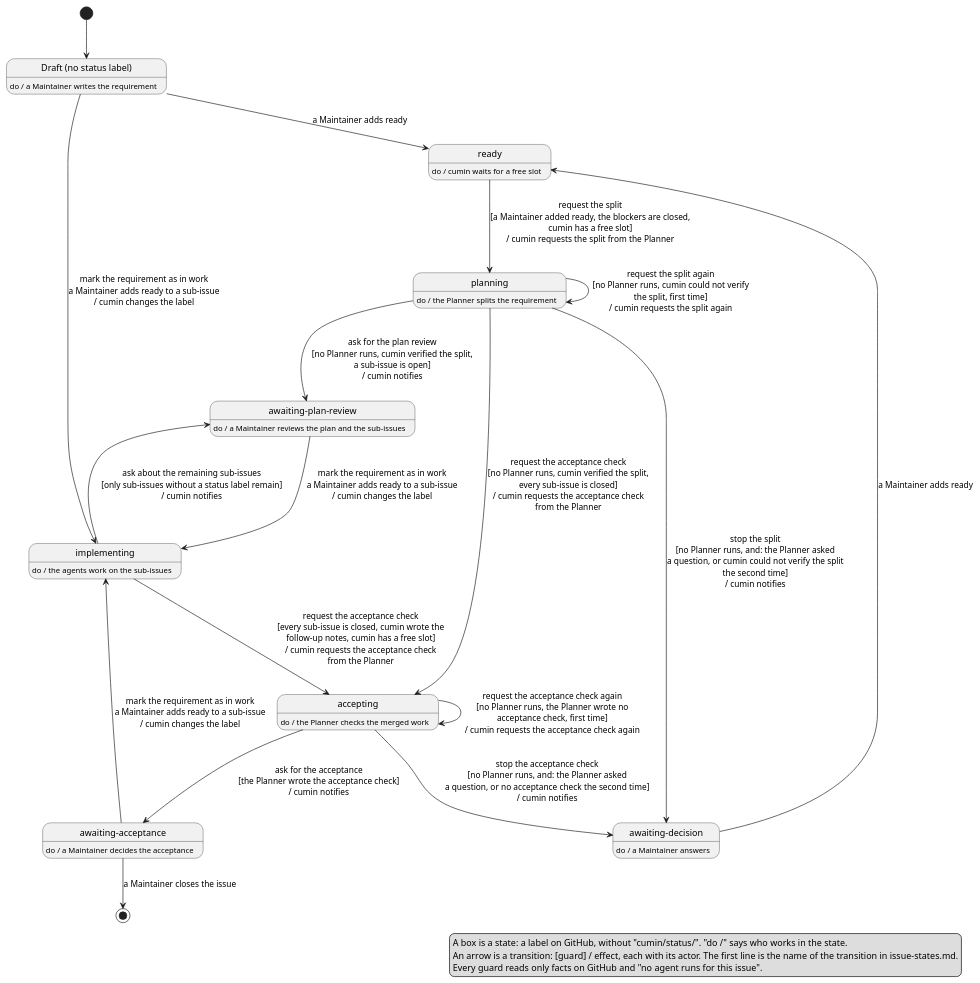
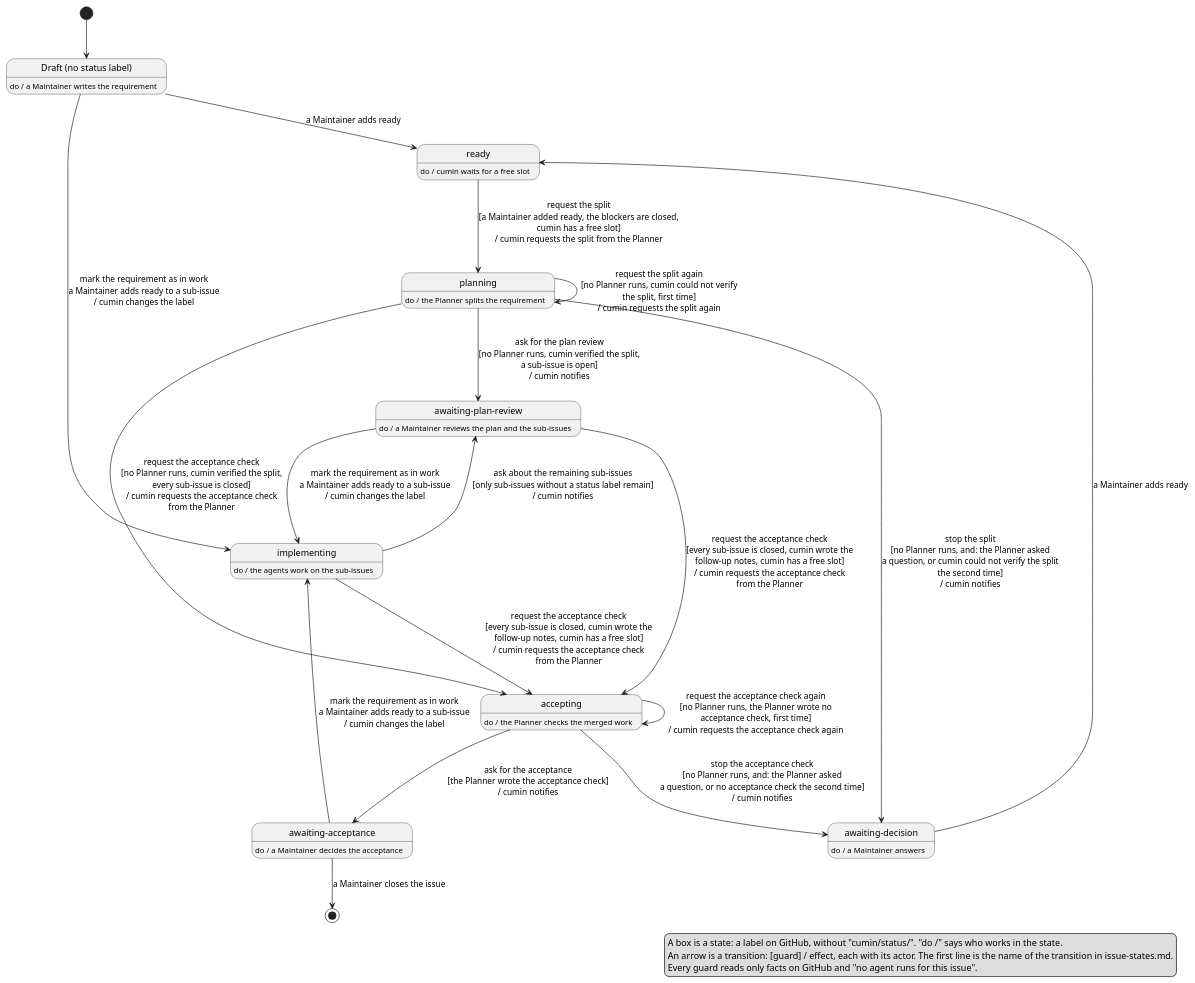
Before and after one commit to cloveclovedev/cumin-works: the diagram in docs/ja/requirements/workflow/requirement-issue-states.puml, drawn with PlantUML. The commit also changed 5 other files, not shown here.

First line of the commit message:
docs(requirements): request the acceptance check from the plan review state too (#663)

```diff
--- a/docs/ja/requirements/workflow/requirement-issue-states.puml
+++ b/docs/ja/requirements/workflow/requirement-issue-states.puml
@@ -1,57 +1,58 @@
 @startuml requirement-issue-states
 ' cumin works - states of a requirement issue.
 ' A state is a label on GitHub, written without "cumin/status/". "do /" says who works in the state.
 ' A transition is written: [guard] / effect, with the name of the transition in front.
 ' Every guard and effect names who acts. Render: run scripts/render-diagrams.sh at the root of the repository.
 
 hide empty description
 
 state "Draft (no status label)" as Draft
 Draft : do / a Maintainer writes the requirement
 
 state "ready" as Ready
 Ready : do / cumin waits for a free slot
 
 state "planning" as Planning
 Planning : do / the Planner splits the requirement
 
 state "awaiting-plan-review" as PlanReview
 PlanReview : do / a Maintainer reviews the plan and the sub-issues
 
 state "implementing" as Implementing
 Implementing : do / the agents work on the sub-issues
 
 state "accepting" as Accepting
 Accepting : do / the Planner checks the merged work
 
 state "awaiting-acceptance" as Acceptance
 Acceptance : do / a Maintainer decides the acceptance
 
 state "awaiting-decision" as Decision
 Decision : do / a Maintainer answers
 
 [*] --> Draft
 Draft --> Ready : a Maintainer adds ready
 Draft --> Implementing : mark the requirement as in work\na Maintainer adds ready to a sub-issue\n/ cumin changes the label
 Ready --> Planning : request the split\n[a Maintainer added ready, the blockers are closed,\ncumin has a free slot]\n/ cumin requests the split from the Planner
 Planning --> PlanReview : ask for the plan review\n[no Planner runs, cumin verified the split,\na sub-issue is open]\n/ cumin notifies
 Planning --> Accepting : request the acceptance check\n[no Planner runs, cumin verified the split,\nevery sub-issue is closed]\n/ cumin requests the acceptance check\nfrom the Planner
 Planning --> Planning : request the split again\n[no Planner runs, cumin could not verify\nthe split, first time]\n/ cumin requests the split again
 Planning --> Decision : stop the split\n[no Planner runs, and: the Planner asked\na question, or cumin could not verify the split\nthe second time]\n/ cumin notifies
 PlanReview --> Implementing : mark the requirement as in work\na Maintainer adds ready to a sub-issue\n/ cumin changes the label
 Implementing --> Accepting : request the acceptance check\n[every sub-issue is closed, cumin wrote the\nfollow-up notes, cumin has a free slot]\n/ cumin requests the acceptance check\nfrom the Planner
+PlanReview --> Accepting : request the acceptance check\n[every sub-issue is closed, cumin wrote the\nfollow-up notes, cumin has a free slot]\n/ cumin requests the acceptance check\nfrom the Planner
 Implementing --> PlanReview : ask about the remaining sub-issues\n[only sub-issues without a status label remain]\n/ cumin notifies
 Accepting --> Acceptance : ask for the acceptance\n[the Planner wrote the acceptance check]\n/ cumin notifies
 Accepting --> Accepting : request the acceptance check again\n[no Planner runs, the Planner wrote no\nacceptance check, first time]\n/ cumin requests the acceptance check again
 Accepting --> Decision : stop the acceptance check\n[no Planner runs, and: the Planner asked\na question, or no acceptance check the second time]\n/ cumin notifies
 Acceptance --> Implementing : mark the requirement as in work\na Maintainer adds ready to a sub-issue\n/ cumin changes the label
 Acceptance --> [*] : a Maintainer closes the issue
 Decision --> Ready : a Maintainer adds ready
 
 legend right
   A box is a state: a label on GitHub, without "cumin/status/". "do /" says who works in the state.
   An arrow is a transition: [guard] / effect, each with its actor. The first line is the name of the transition in issue-states.md.
   Every guard reads only facts on GitHub and "no agent runs for this issue".
 endlegend
 
 @enduml
```
